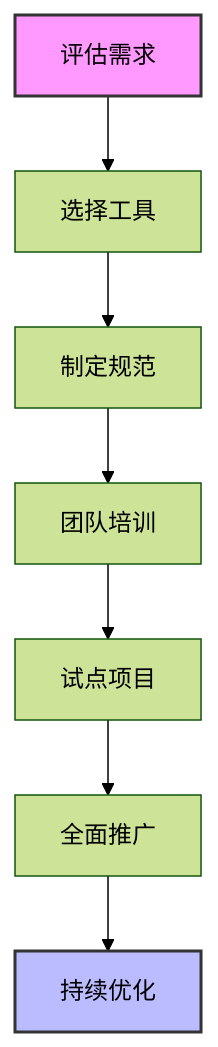
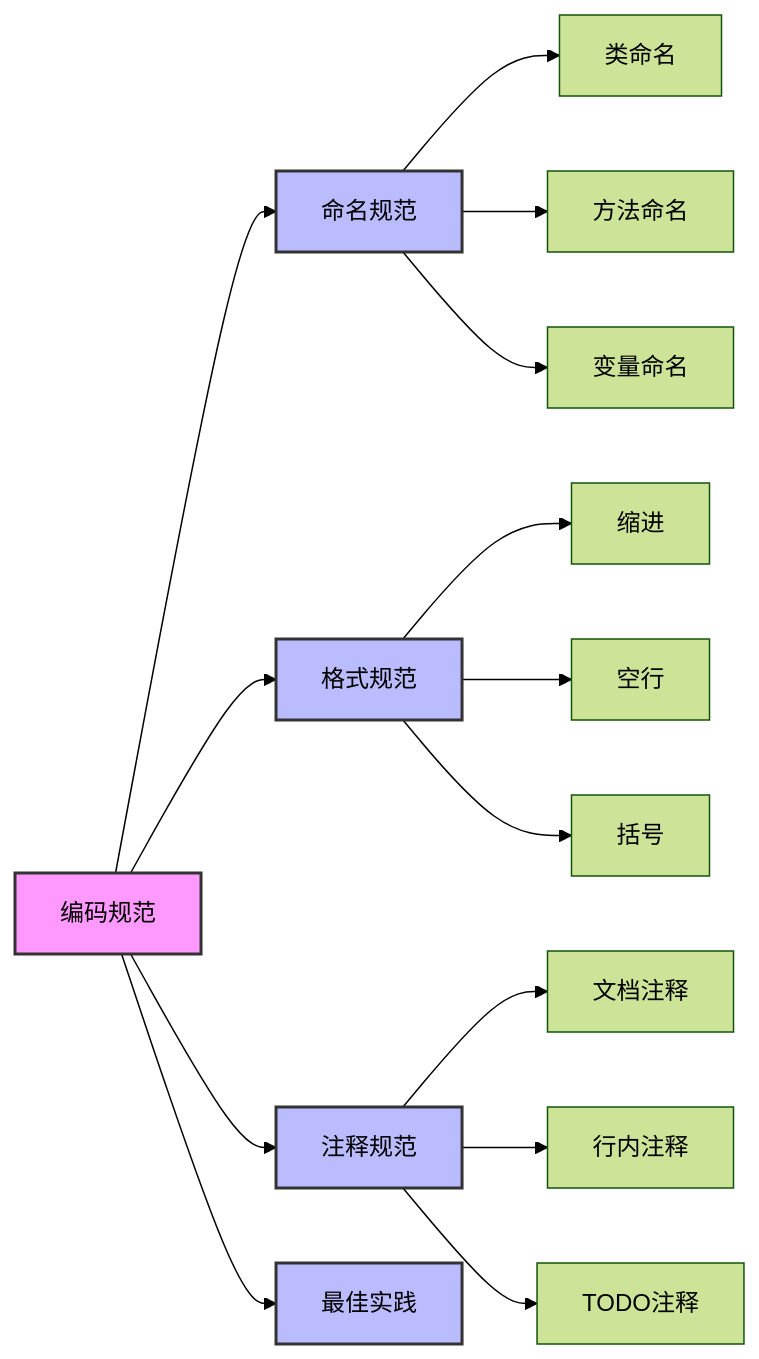
The third of 10 diagrams in base/第七章-团队协作与代码标准化.md (wutongci/cursor-courses), drawn with Mermaid (forest theme) before and after one commit. The commit also changed other lines of this file and 9 other files, not shown here.

````diff
--- a/base/第七章-团队协作与代码标准化.md
+++ b/base/第七章-团队协作与代码标准化.md
@@ -9,12 +124,25 @@
 ```mermaid
-graph TD
-    A[评估需求] --> B[选择工具]
-    B --> C[制定规范]
-    C --> D[团队培训]
-    D --> E[试点项目]
-    E --> F[全面推广]
-    F --> G[持续优化]
+graph LR
+    A[编码规范] --> B[命名规范]
+    A --> C[格式规范]
+    A --> D[注释规范]
+    A --> E[最佳实践]
+    
+    B --> F[类命名]
+    B --> G[方法命名]
+    B --> H[变量命名]
+    
+    C --> I[缩进]
+    C --> J[空行]
+    C --> K[括号]
+    
+    D --> L[文档注释]
+    D --> M[行内注释]
+    D --> N[TODO注释]
     
     style A fill:#f9f,stroke:#333,stroke-width:2px
-    style G fill:#bbf,stroke:#333,stroke-width:2px
+    style B fill:#bbf,stroke:#333,stroke-width:2px
+    style C fill:#bbf,stroke:#333,stroke-width:2px
+    style D fill:#bbf,stroke:#333,stroke-width:2px
+    style E fill:#bbf,stroke:#333,stroke-width:2px
 ```
````
